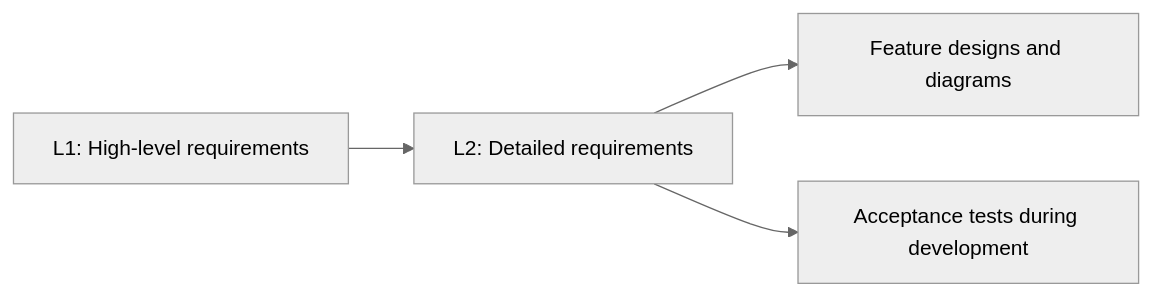
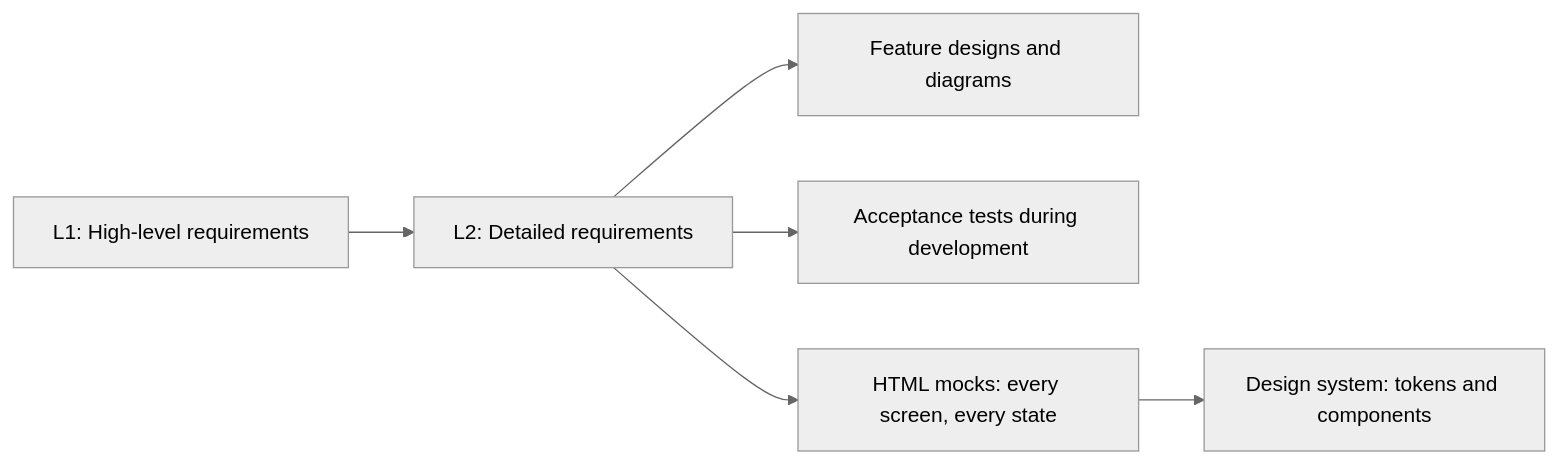
The diagram in README.md (QuinntyneBrown/agent-toolkit), drawn with Mermaid (neutral theme) before and after one commit. The commit also changed other lines of this file and 39 other files, not shown here.

````diff
--- a/README.md
+++ b/README.md
@@ -51,6 +63,8 @@
 ```mermaid
 flowchart LR
     L1["L1: High-level requirements"] --> L2["L2: Detailed requirements"]
     L2 --> Design["Feature designs and diagrams"]
     L2 --> Tests["Acceptance tests during development"]
+    L2 --> Mocks["HTML mocks: every screen, every state"]
+    Mocks --> DS["Design system: tokens and components"]
 ```
````
